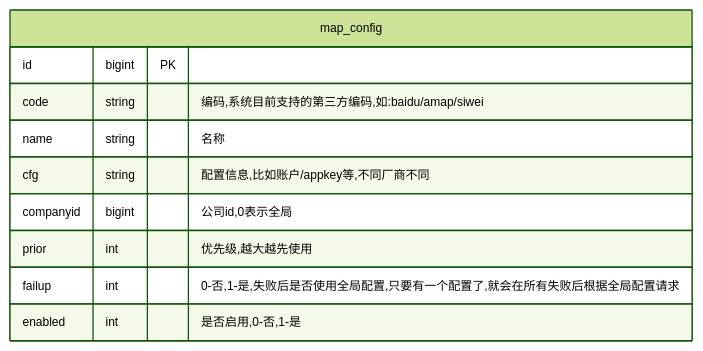
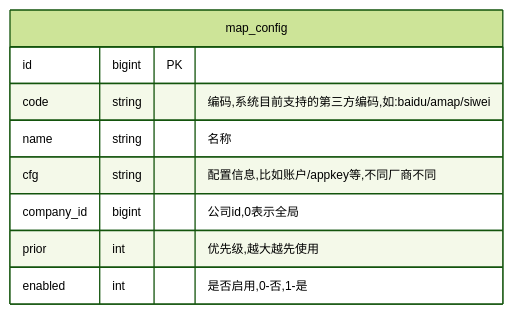
The second of 5 diagrams in tqbb/Map.md (luoyh/obsidian-sync), drawn with Mermaid before and after one commit. The commit also changed other lines of this file, not shown here.

````diff
--- a/tqbb/Map.md
+++ b/tqbb/Map.md
@@ -39,30 +39,29 @@
 ```mermaid
 %%{
     init: {
         'theme': 'forest', 
         'themeVariables': { 
             'fontSize': '12px', 
             'fontFamily': 'Consolas',  
             'primaryColor': '#BB2528', 
             'primaryTextColor': '#fff', 
             'primaryBorderColor': '#7C0000', 
             'lineColor': '#F8B229', 
             'secondaryColor': '#006100', 
             'tertiaryColor': '#fff'
         }
     }
 }%%
 
 erDiagram
     map_config {
         id bigint PK
         code string "编码,系统目前支持的第三方编码,如:baidu/amap/siwei"
         name string "名称"
         cfg string "配置信息,比如账户/appkey等,不同厂商不同"
-        companyid bigint "公司id,0表示全局"
+        company_id bigint "公司id,0表示全局"
         prior int "优先级,越大越先使用"
-        failup int "0-否,1-是,失败后是否使用全局配置,只要有一个配置了,就会在所有失败后根据全局配置请求"
         enabled int "是否启用,0-否,1-是"
     }    
-    
+
 ```
````
